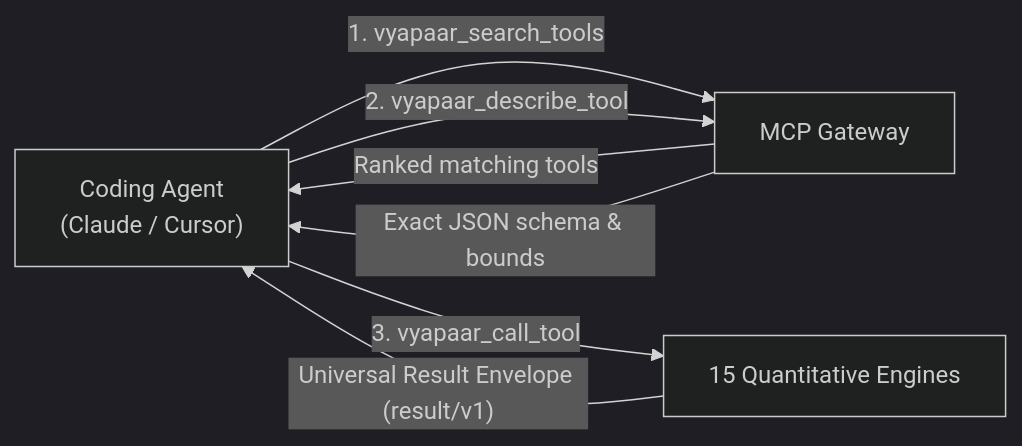
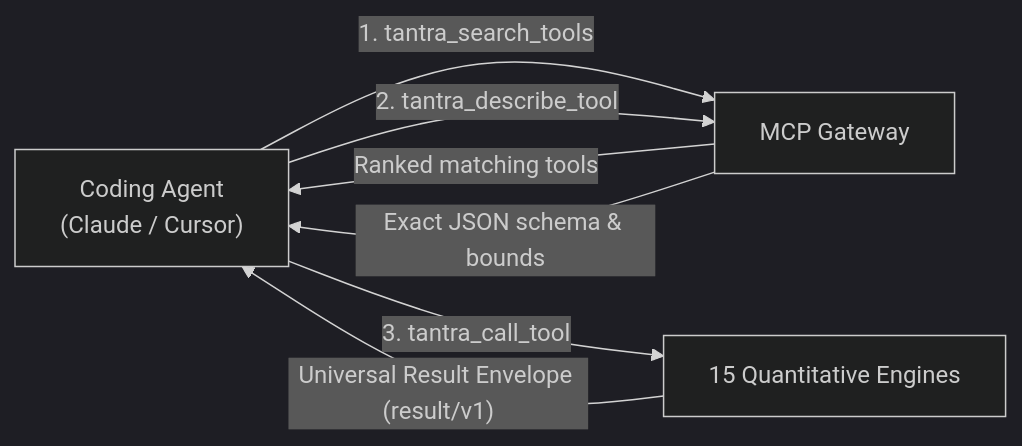
Before and after one commit to tantra-labs/tantra-docs: the diagram in docs/ai/mcp_gateway.md, drawn with Mermaid (dark theme). The commit also changed other lines of this file and 88 other files, not shown here.

Commit message:
refactor(docs): rename vyapaar-* to tantra-*

````diff
--- a/docs/ai/mcp_gateway.md
+++ b/docs/ai/mcp_gateway.md
@@ -11,9 +11,9 @@
 ```mermaid
 flowchart LR
-    Agent["Coding Agent\n(Claude / Cursor)"] -->|"1. vyapaar_search_tools"| GW["MCP Gateway"]
+    Agent["Coding Agent\n(Claude / Cursor)"] -->|"1. tantra_search_tools"| GW["MCP Gateway"]
     GW -->|"Ranked matching tools"| Agent
-    Agent -->|"2. vyapaar_describe_tool"| GW
+    Agent -->|"2. tantra_describe_tool"| GW
     GW -->|"Exact JSON schema & bounds"| Agent
-    Agent -->|"3. vyapaar_call_tool"| Engine["15 Quantitative Engines"]
+    Agent -->|"3. tantra_call_tool"| Engine["15 Quantitative Engines"]
     Engine -->|"Universal Result Envelope (result/v1)"| Agent
 ```
````
